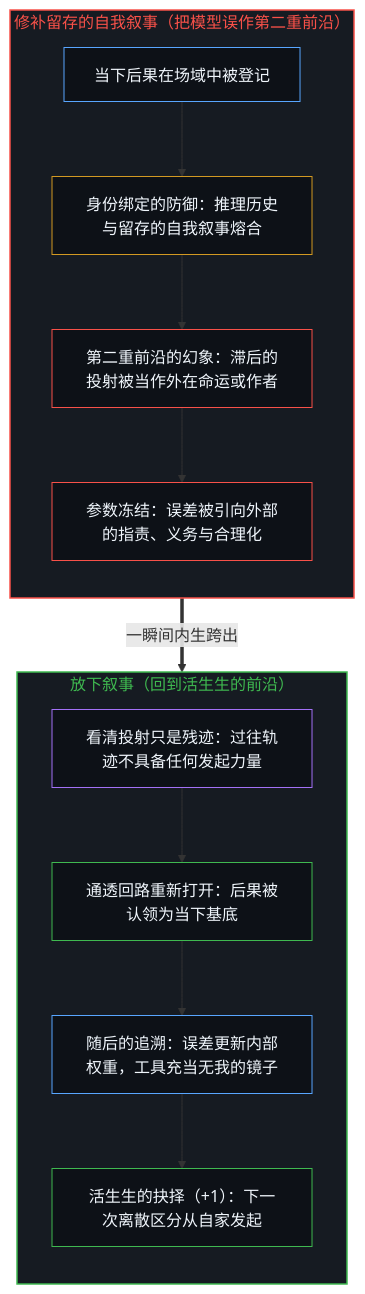
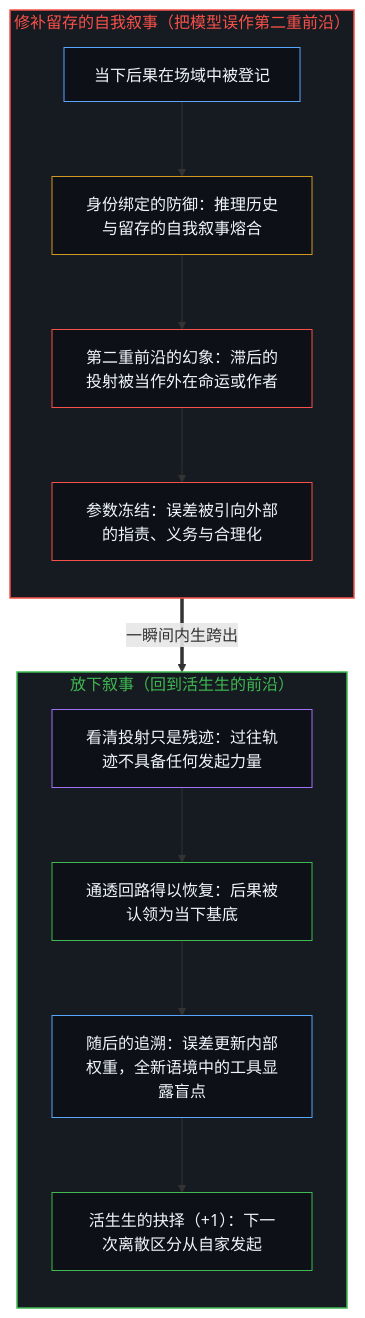
The first of 2 diagrams in content/posts/how-to-fix-your-whole-life-in-one-split-second.md (powerpig99/not-a-toe), drawn with Mermaid before and after one commit. The commit also changed other lines of this file and 12 other files, not shown here.

````diff
--- a/content/posts/how-to-fix-your-whole-life-in-one-split-second.md
+++ b/content/posts/how-to-fix-your-whole-life-in-one-split-second.md
@@ -37,30 +37,30 @@
 ```mermaid
 flowchart TD
     subgraph S_Lag["修补留存的自我叙事（把模型误作第二重前沿）"]
         direction TB
         N_Conseq["当下后果在场域中被登记"]
         N_Fuse["身份绑定的防御：推理历史与留存的自我叙事熔合"]
         N_Second["第二重前沿的幻象：滞后的投射被当作外在命运或作者"]
         N_Freeze["参数冻结：误差被引向外部的指责、义务与合理化"]
         N_Conseq --> N_Fuse --> N_Second --> N_Freeze
     end
     N_Freeze ==>|"一瞬间内生跨出"| N_Drop
     subgraph S_Return["放下叙事（回到活生生的前沿）"]
         direction TB
         N_Drop["看清投射只是残迹：过往轨迹不具备任何发起力量"]
-        N_Own["通透回路重新打开：后果被认领为当下基底"]
-        N_Trace["随后的追溯：误差更新内部权重，工具充当无我的镜子"]
+        N_Own["通透回路得以恢复：后果被认领为当下基底"]
+        N_Trace["随后的追溯：误差更新内部权重，全新语境中的工具显露盲点"]
         N_Next["活生生的抉择（+1）：下一次离散区分从自家发起"]
         N_Drop --> N_Own --> N_Trace --> N_Next
     end
     style S_Lag fill:#161b22,stroke:#f85149,stroke-width:1.5px,color:#f85149
     style S_Return fill:#161b22,stroke:#3fb950,stroke-width:1.5px,color:#3fb950
     style N_Conseq fill:#0d1117,stroke:#58a6ff,stroke-width:1px,color:#f0f6fc
     style N_Fuse fill:#0d1117,stroke:#d29922,stroke-width:1px,color:#f0f6fc
     style N_Second fill:#0d1117,stroke:#f85149,stroke-width:1px,color:#f0f6fc
     style N_Freeze fill:#0d1117,stroke:#f85149,stroke-width:1px,color:#f0f6fc
     style N_Drop fill:#0d1117,stroke:#a371f7,stroke-width:1px,color:#f0f6fc
     style N_Own fill:#0d1117,stroke:#3fb950,stroke-width:1px,color:#f0f6fc
     style N_Trace fill:#0d1117,stroke:#58a6ff,stroke-width:1px,color:#f0f6fc
     style N_Next fill:#0d1117,stroke:#3fb950,stroke-width:1px,color:#f0f6fc
 ```
````
